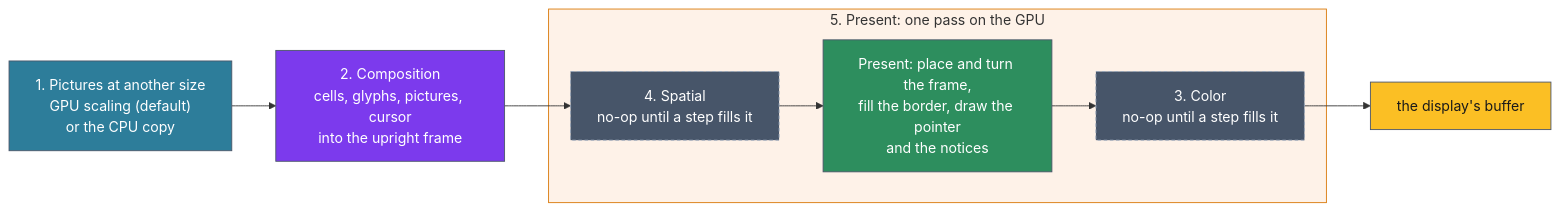
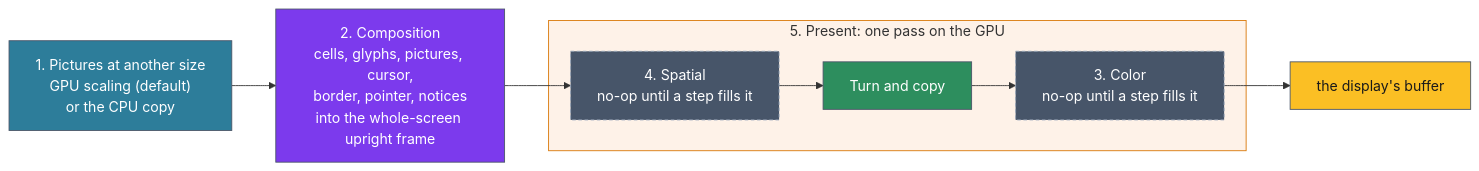
The diagram in docs/architecture/render/ADR-1303-the-gpu-path-draws-each-frame-through-a-fixed-pipeline-of-slots-and-turns-it-at-present.md (vtium/vtium), drawn with Mermaid before and after one commit. The commit also changed other lines of this file and 2 other files, not shown here.

````diff
--- a/docs/architecture/render/ADR-1303-the-gpu-path-draws-each-frame-through-a-fixed-pipeline-of-slots-and-turns-it-at-present.md
+++ b/docs/architecture/render/ADR-1303-the-gpu-path-draws-each-frame-through-a-fixed-pipeline-of-slots-and-turns-it-at-present.md
@@ -110,21 +135,21 @@
 ```mermaid
 flowchart LR
     P["1. Pictures at another size<br>GPU scaling (default)<br>or the CPU copy"]:::pic
-    C["2. Composition<br>cells, glyphs, pictures, cursor<br>into the upright frame"]:::comp
+    C["2. Composition<br>cells, glyphs, pictures, cursor,<br>border, pointer, notices<br>into the whole-screen upright frame"]:::comp
     S["4. Spatial<br>no-op until a step fills it"]:::opt
-    O["Present: place and turn the frame,<br>fill the border, draw the pointer<br>and the notices"]:::pres
+    T["Turn and copy"]:::pres
     K["3. Color<br>no-op until a step fills it"]:::opt
     W["the display's buffer"]:::buf
-    P --> C --> S --> O --> K --> W
+    P --> C --> S --> T --> K --> W
     subgraph fold ["5. Present: one pass on the GPU"]
         S
-        O
+        T
         K
     end
     classDef pic fill:#2d7d9a,color:#ffffff,stroke:#4a5568
     classDef comp fill:#7c3aed,color:#ffffff,stroke:#4a5568
     classDef opt fill:#475569,color:#ffffff,stroke:#94a3b8,stroke-dasharray: 4 3
     classDef pres fill:#2d8e5e,color:#ffffff,stroke:#4a5568
     classDef buf fill:#fbbf24,color:#1a1a1a,stroke:#4a5568
     style fold stroke:#d97706,fill:#f6821f1a
 ```
````
